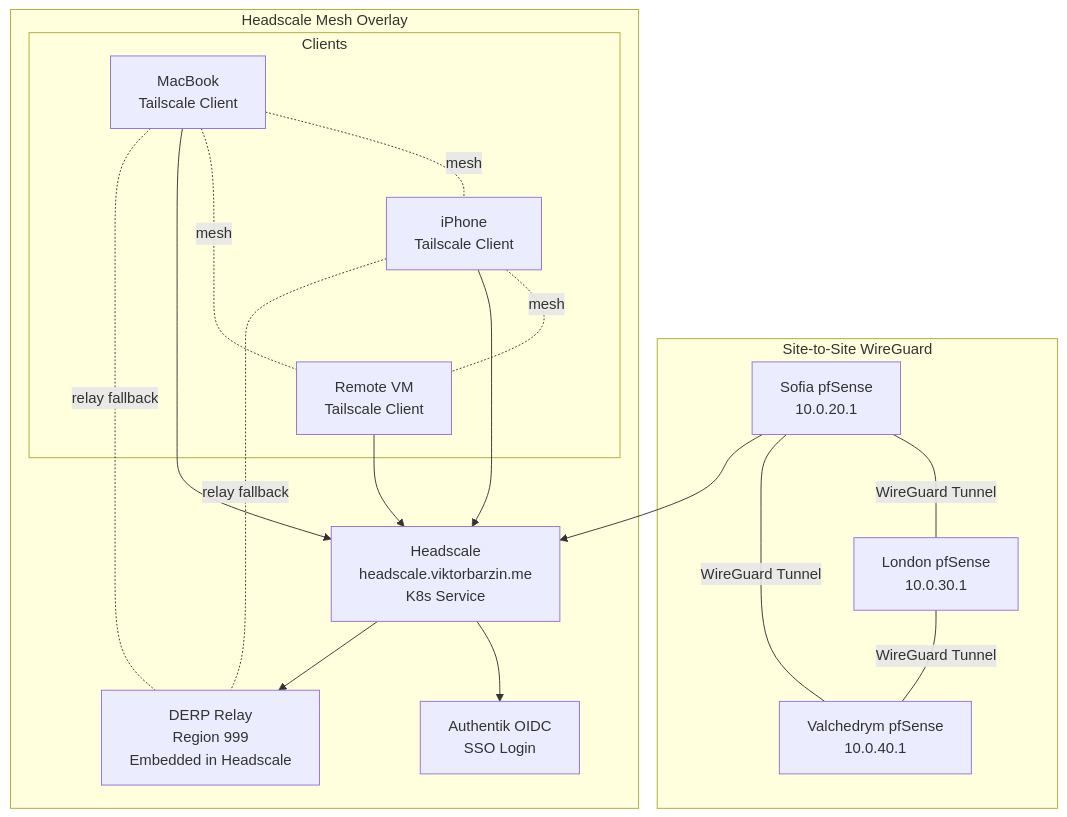
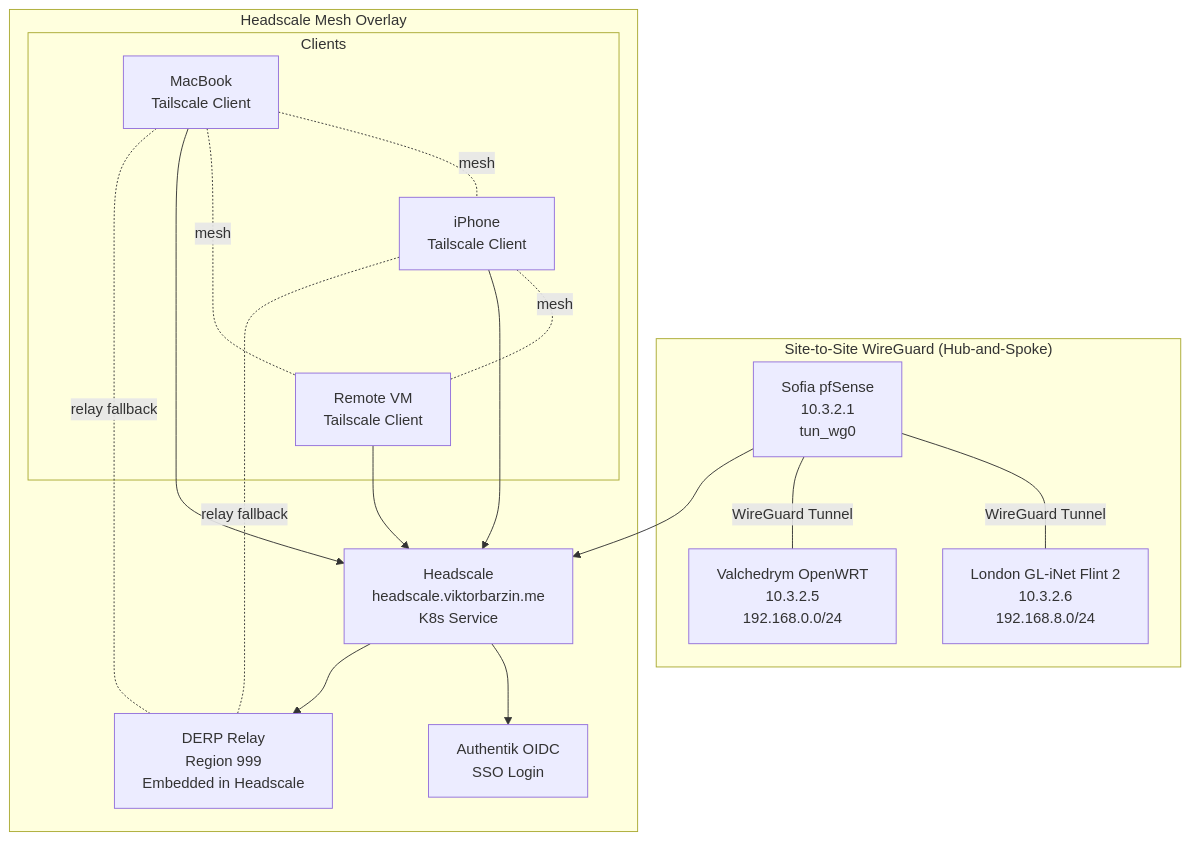
Before and after one commit to ViktorBarzin/infra: the first of 2 diagrams in docs/architecture/vpn.md, drawn with Mermaid. The commit also changed other lines of this file and 1 other file, not shown here.

First line of the commit message:
update VPN architecture docs and Authentik state reference

````diff
--- a/docs/architecture/vpn.md
+++ b/docs/architecture/vpn.md
@@ -13,38 +13,37 @@
 ```mermaid
 graph TB
-    subgraph "Site-to-Site WireGuard"
-        Sofia[Sofia pfSense<br/>10.0.20.1]
-        London[London pfSense<br/>10.0.30.1]
-        Valchedrym[Valchedrym pfSense<br/>10.0.40.1]
+    subgraph "Site-to-Site WireGuard (Hub-and-Spoke)"
+        Sofia[Sofia pfSense<br/>10.3.2.1<br/>tun_wg0]
+        London[London GL-iNet Flint 2<br/>10.3.2.6<br/>192.168.8.0/24]
+        Valchedrym[Valchedrym OpenWRT<br/>10.3.2.5<br/>192.168.0.0/24]
 
         Sofia ---|WireGuard Tunnel| London
         Sofia ---|WireGuard Tunnel| Valchedrym
-        London ---|WireGuard Tunnel| Valchedrym
     end
 
     subgraph "Headscale Mesh Overlay"
         HS[Headscale<br/>headscale.viktorbarzin.me<br/>K8s Service]
         Authentik[Authentik OIDC<br/>SSO Login]
         DERP[DERP Relay<br/>Region 999<br/>Embedded in Headscale]
 
         subgraph "Clients"
             Laptop[MacBook<br/>Tailscale Client]
             Phone[iPhone<br/>Tailscale Client]
             Remote[Remote VM<br/>Tailscale Client]
         end
 
         HS --> Authentik
         HS --> DERP
         Laptop -.mesh.- Phone
         Laptop -.mesh.- Remote
         Phone -.mesh.- Remote
         Laptop --> HS
         Phone --> HS
         Remote --> HS
 
         Laptop -.relay fallback.- DERP
         Phone -.relay fallback.- DERP
     end
 
     Sofia --> HS
 ```
````
